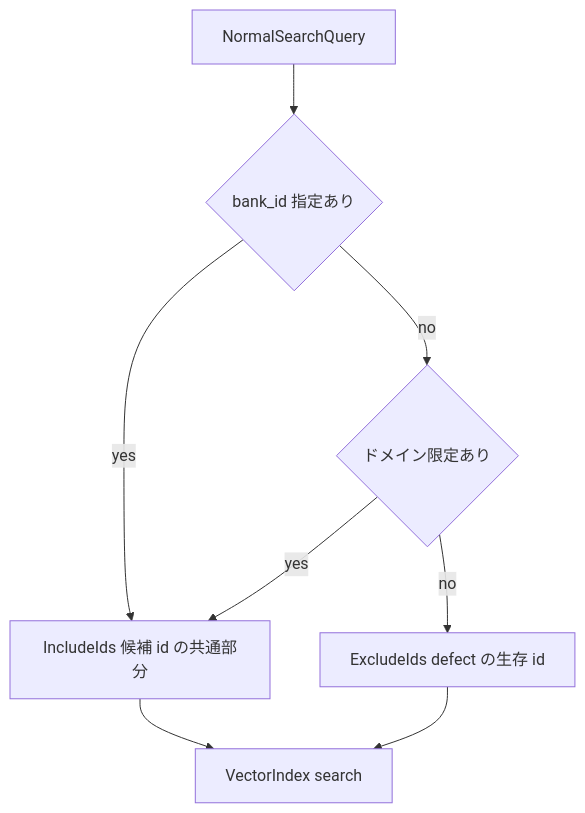
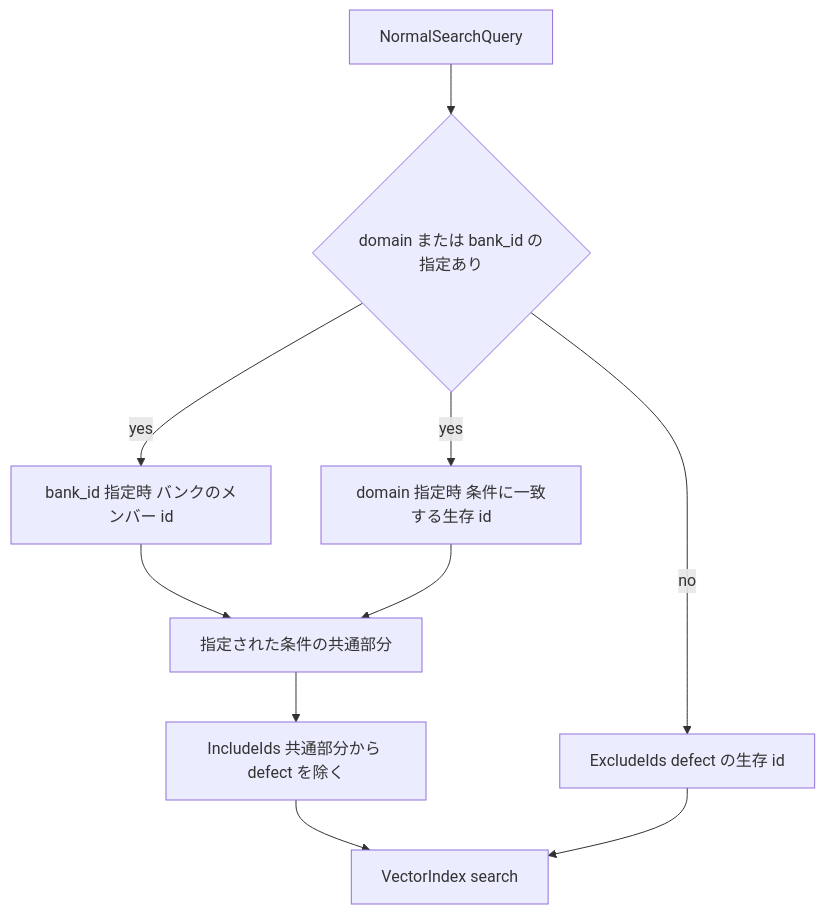
Before and after one commit to BFAI-Semicon/Go-Tech_1-3_SSL_Anomaly_Detection: the third of 5 diagrams in .kiro/specs/patch-feature-store/design.md, drawn with Mermaid. The commit also changed other lines of this file, not shown here.

````diff
--- a/.kiro/specs/patch-feature-store/design.md
+++ b/.kiro/specs/patch-feature-store/design.md
@@ -277,17 +282,21 @@
 ```mermaid
 graph TB
     Query[NormalSearchQuery]
-    Bank{bank_id 指定あり}
-    Domain{ドメイン限定あり}
-    Include[IncludeIds 候補 id の共通部分]
+    Any{domain または bank_id の指定あり}
+    BankIds[bank_id 指定時 バンクのメンバー id]
+    DomainIds[domain 指定時 条件に一致する生存 id]
+    Intersect[指定された条件の共通部分]
+    Include[IncludeIds 共通部分から defect を除く]
     Exclude[ExcludeIds defect の生存 id]
     Search[VectorIndex search]
 
-    Query --> Bank
-    Bank -- yes --> Include
-    Bank -- no --> Domain
-    Domain -- yes --> Include
-    Domain -- no --> Exclude
+    Query --> Any
+    Any -- yes --> BankIds
+    Any -- yes --> DomainIds
+    BankIds --> Intersect
+    DomainIds --> Intersect
+    Intersect --> Include
+    Any -- no --> Exclude
     Include --> Search
     Exclude --> Search
 ```
````
